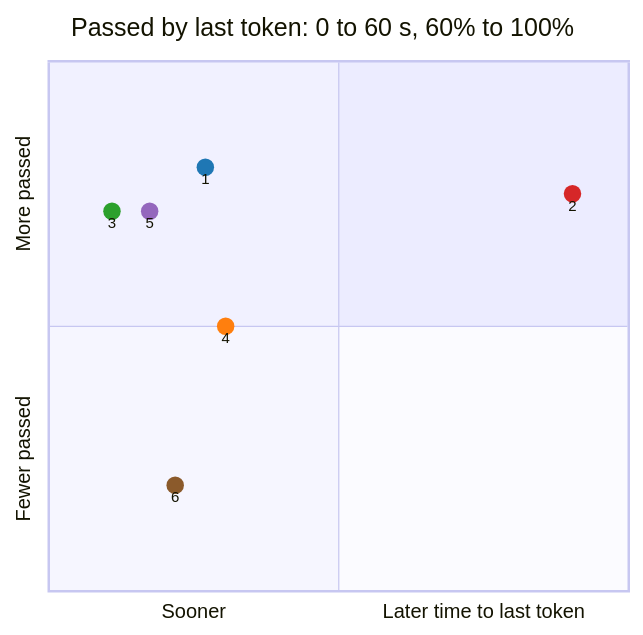
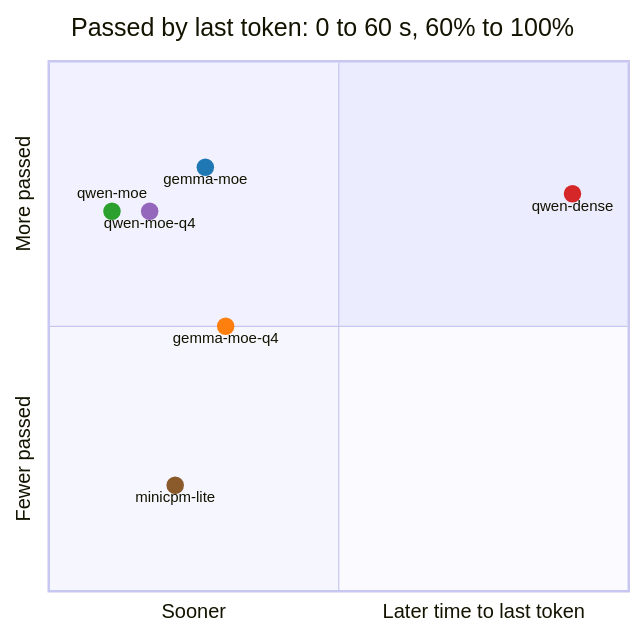
The fifth of 5 diagrams in docs/benchmarks/results.md (aarora79/meru), drawn with Mermaid before and after one commit. The commit also changed other lines of this file and 3 other files, not shown here.

````diff
--- a/docs/benchmarks/results.md
+++ b/docs/benchmarks/results.md
@@ -96,12 +97,13 @@
 ```mermaid
 quadrantChart
     title Passed by last token: 0 to 60 s, 60% to 100%
     x-axis "Sooner" --> "Later time to last token"
     y-axis "Fewer passed" --> "More passed"
-    1: [0.270, 0.800] color: #1f77b4, radius: 7
-    2: [0.903, 0.750] color: #d62728, radius: 7
-    3: [0.109, 0.717] color: #2ca02c, radius: 7
-    4: [0.305, 0.500] color: #ff7f0e, radius: 7
-    5: [0.174, 0.717] color: #9467bd, radius: 7
-    6: [0.218, 0.200] color: #8b5a2b, radius: 7
+    qwen-dense: [0.903, 0.750] color: #d62728, radius: 7
+    gemma-moe-q4: [0.305, 0.500] color: #ff7f0e, radius: 7
+    gemma-moe: [0.270, 0.800] color: #1f77b4, radius: 7
+    minicpm-lite: [0.218, 0.200] color: #8b5a2b, radius: 7
+    qwen-moe-q4: [0.174, 0.717] color: #9467bd, radius: 7
+    ​: [0.109, 0.717] color: #2ca02c, radius: 7
+    qwen-moe: [0.109, 0.775] color: #2ca02c, radius: 0
 ```
````
